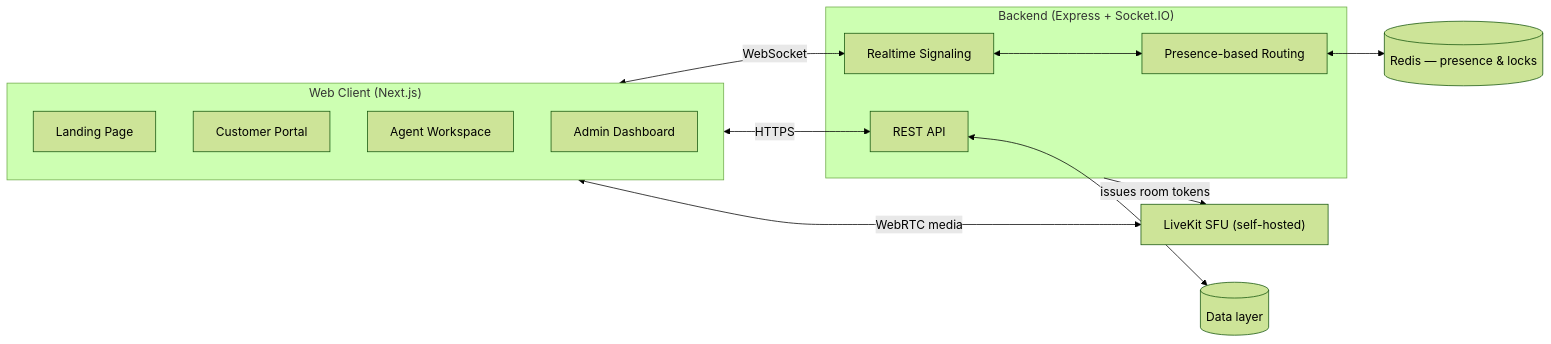
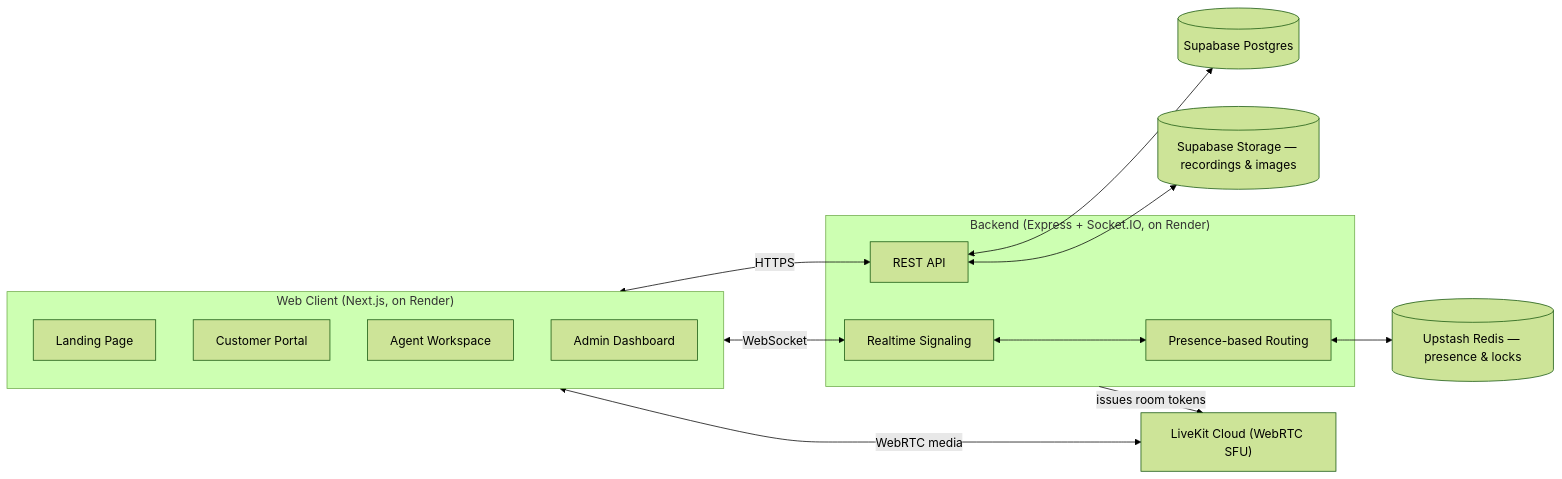
The diagram in README.md (amishasinha18/CallIQ), drawn with Mermaid (forest theme) before and after one commit. The commit also changed other lines of this file and 1 other file, not shown here.

Commit message:
Update README and engineering docs for the Postgres/Supabase/LiveKit Cloud/Render architecture

````diff
--- a/README.md
+++ b/README.md
@@ -55,27 +62,29 @@
 ```mermaid
 flowchart LR
-    subgraph Client["Web Client (Next.js)"]
+    subgraph Client["Web Client (Next.js, on Render)"]
         Landing["Landing Page"]
         Customer["Customer Portal"]
         Agent["Agent Workspace"]
         Admin["Admin Dashboard"]
     end
 
-    subgraph Backend["Backend (Express + Socket.IO)"]
+    subgraph Backend["Backend (Express + Socket.IO, on Render)"]
         API["REST API"]
         Signaling["Realtime Signaling"]
         Routing["Presence-based Routing"]
     end
 
-    SFU["LiveKit SFU (self-hosted)"]
-    Redis[("Redis — presence & locks")]
-    DB[("Data layer")]
+    SFU["LiveKit Cloud (WebRTC SFU)"]
+    Redis[("Upstash Redis — presence & locks")]
+    DB[("Supabase Postgres")]
+    Storage[("Supabase Storage — recordings & images")]
 
     Client <-- HTTPS --> API
     Client <-- WebSocket --> Signaling
     Signaling <--> Routing
     Routing <--> Redis
     API <--> DB
+    API <--> Storage
     Client <-- WebRTC media --> SFU
     Backend -- issues room tokens --> SFU
 ```
````
